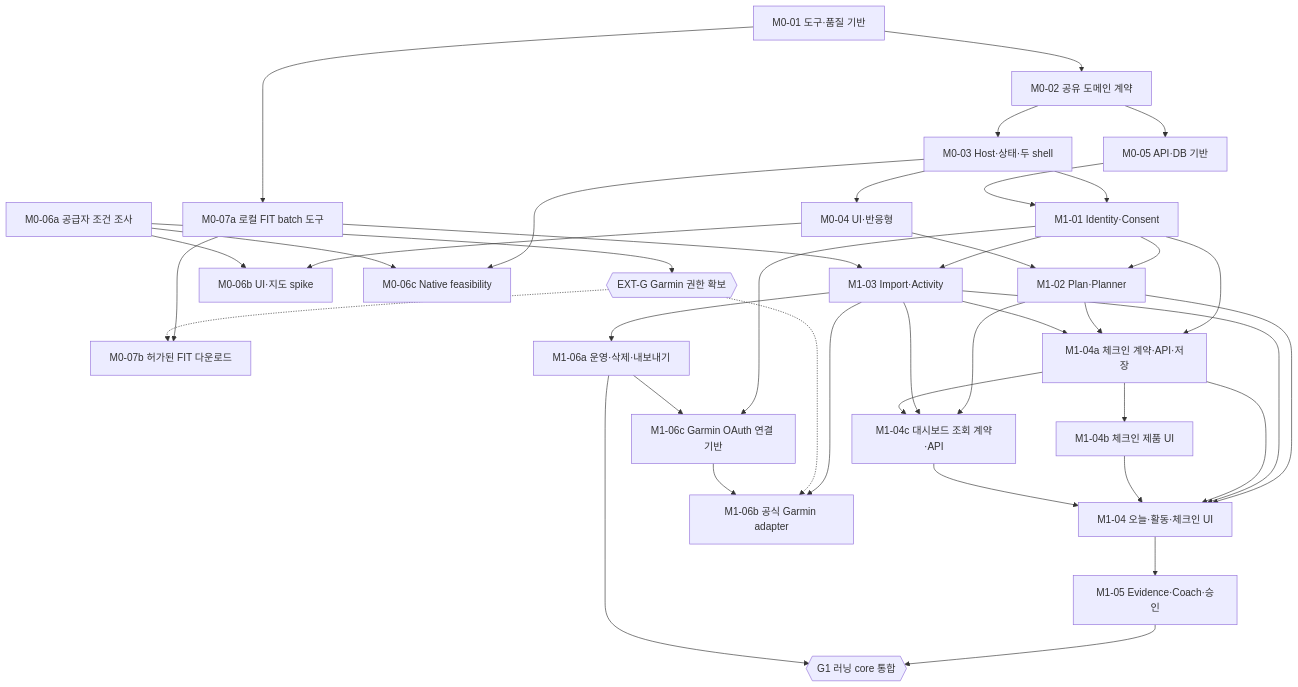
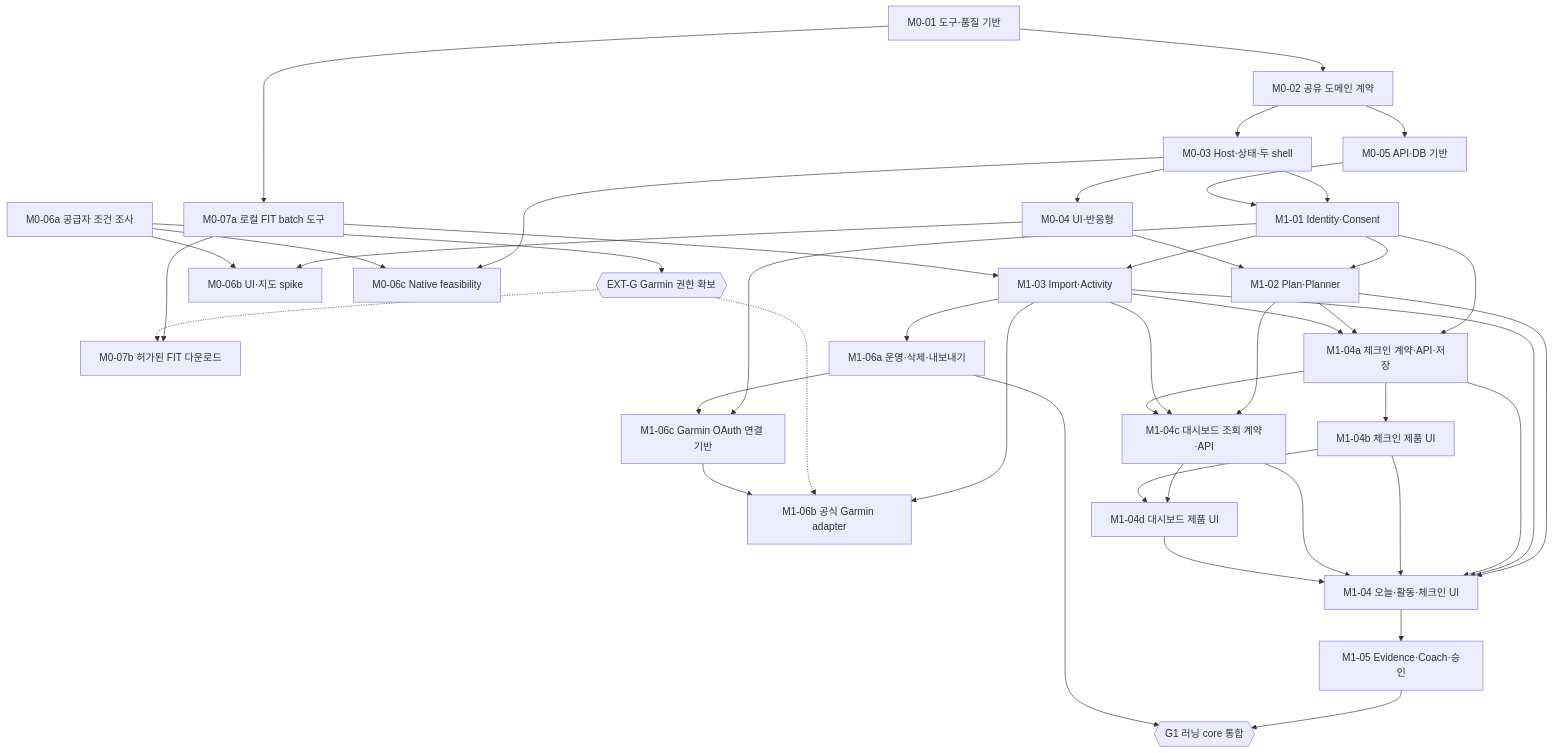
One commit to peacecheejecake/workout-manager changed the first of 3 diagrams in docs/implementation/task-graph.md. Above: the diagram before and after it, drawn with Mermaid. The commit also changed other lines of this file and 22 other files, not shown here.

````diff
--- a/docs/implementation/task-graph.md
+++ b/docs/implementation/task-graph.md
@@ -18,65 +18,69 @@
 ```mermaid
 flowchart TD
     task0["M0-01 도구·품질 기반"]
     task1["M0-02 공유 도메인 계약"]
     task2["M0-03 Host·상태·두 shell"]
     task3["M0-04 UI·반응형"]
     task4["M0-05 API·DB 기반"]
     task5["M0-06a 공급자 조건 조사"]
     task6{{"EXT-G Garmin 권한 확보"}}
     task7["M0-06b UI·지도 spike"]
     task8["M0-06c Native feasibility"]
     task9["M0-07a 로컬 FIT batch 도구"]
     task10["M0-07b 허가된 FIT 다운로드"]
     task11["M1-01 Identity·Consent"]
     task12["M1-02 Plan·Planner"]
     task13["M1-03 Import·Activity"]
     task14["M1-04 오늘·활동·체크인 UI"]
     task15["M1-05 Evidence·Coach·승인"]
     task16["M1-06a 운영·삭제·내보내기"]
     task17["M1-06b 공식 Garmin adapter"]
     garminOAuth["M1-06c Garmin OAuth 연결 기반"]
     task18{{"G1 러닝 core 통합"}}
     task0 --> task1
     task1 --> task2
     task2 --> task3
     task1 --> task4
     task5 --> task6
     task3 --> task7
     task5 --> task7
     task2 --> task8
     task5 --> task8
     task0 --> task9
     task9 --> task10
     task6 -.-> task10
     task2 --> task11
     task4 --> task11
     task11 --> task12
     task3 --> task12
     task11 --> task13
     task9 --> task13
     task12 --> task14
     task13 --> task14
     checkins["M1-04a 체크인 계약·API·저장"]
     task11 --> checkins
     task12 --> checkins
     task13 --> checkins
     checkins --> task14
     wellbeing["M1-04b 체크인 제품 UI"]
     checkins --> wellbeing
     wellbeing --> task14
     dashboardApi["M1-04c 대시보드 조회 계약·API"]
     task12 --> dashboardApi
     task13 --> dashboardApi
     checkins --> dashboardApi
     dashboardApi --> task14
+    dashboardUi["M1-04d 대시보드 제품 UI"]
+    dashboardApi --> dashboardUi
+    wellbeing --> dashboardUi
+    dashboardUi --> task14
     task14 --> task15
     task13 --> task16
     task13 --> task17
     task6 -.-> task17
     task11 --> garminOAuth
     task16 --> garminOAuth
     garminOAuth --> task17
     task15 --> task18
     task16 --> task18
 ```
````
